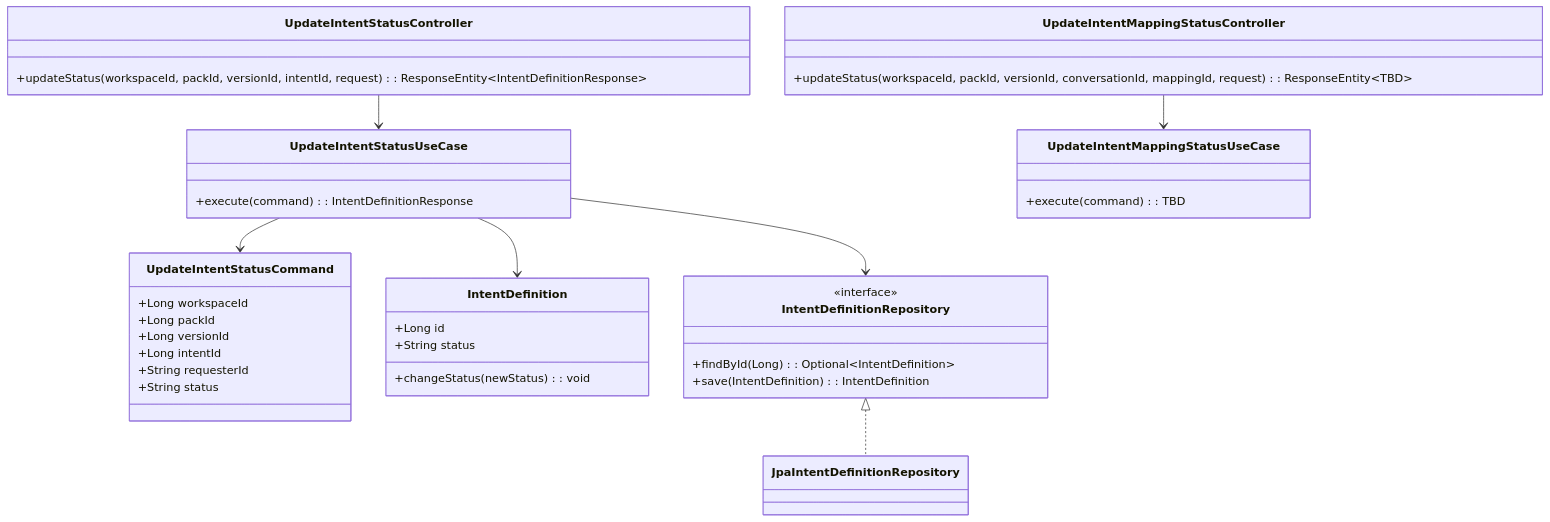
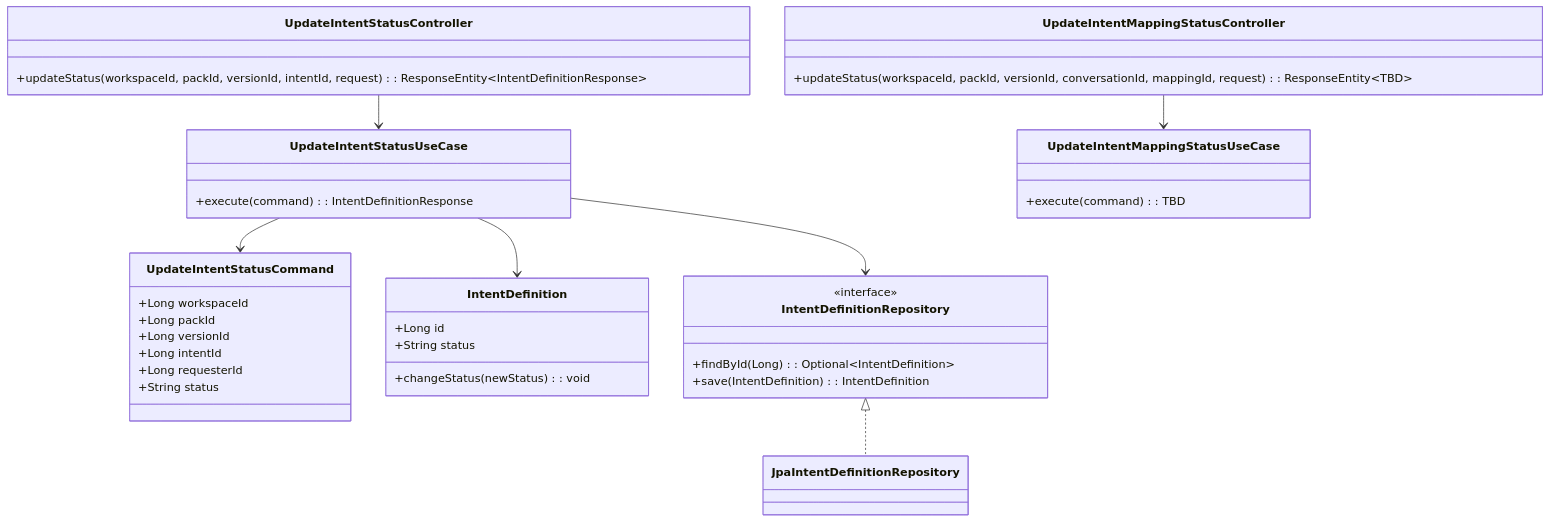
Before and after one commit to ajou-2026-1-capstone-5/ostone: the second of 2 diagrams in .agent/specs/313.md, drawn with Mermaid. The commit also changed other lines of this file, not shown here.

````diff
--- a/.agent/specs/313.md
+++ b/.agent/specs/313.md
@@ -186,46 +186,46 @@
 ```mermaid
 classDiagram
     class UpdateIntentStatusController {
         +updateStatus(workspaceId, packId, versionId, intentId, request): ResponseEntity~IntentDefinitionResponse~
     }
 
     class UpdateIntentMappingStatusController {
         +updateStatus(workspaceId, packId, versionId, conversationId, mappingId, request): ResponseEntity~TBD~
     }
 
     class UpdateIntentStatusUseCase {
         +execute(command): IntentDefinitionResponse
     }
 
     class UpdateIntentMappingStatusUseCase {
         +execute(command): TBD
     }
 
     class UpdateIntentStatusCommand {
         +Long workspaceId
         +Long packId
         +Long versionId
         +Long intentId
-        +String requesterId
-        +String status
+    +Long requesterId
+    +String status
     }
 
     class IntentDefinition {
         +Long id
         +String status
         +changeStatus(newStatus): void
     }
 
     class IntentDefinitionRepository {
         <<interface>>
         +findById(Long): Optional~IntentDefinition~
         +save(IntentDefinition): IntentDefinition
     }
 
     UpdateIntentStatusController --> UpdateIntentStatusUseCase
     UpdateIntentMappingStatusController --> UpdateIntentMappingStatusUseCase
     UpdateIntentStatusUseCase --> UpdateIntentStatusCommand
     UpdateIntentStatusUseCase --> IntentDefinition
     UpdateIntentStatusUseCase --> IntentDefinitionRepository
     IntentDefinitionRepository <|.. JpaIntentDefinitionRepository
 ```
````
